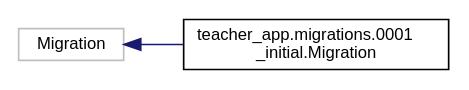
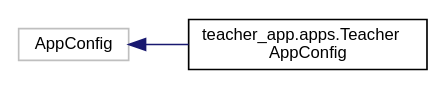
Before and after one commit to amazonkaexpress/amazonka-doxygen: the diagram in inherit_graph_4.dot, drawn with Graphviz. The commit also changed 48 other files, not shown here.

```diff
--- a/inherit_graph_4.dot
+++ b/inherit_graph_4.dot
@@ -1,10 +1,10 @@
 digraph "Graphical Class Hierarchy"
 {
  // LATEX_PDF_SIZE
   edge [fontname="Helvetica",fontsize="10",labelfontname="Helvetica",labelfontsize="10"];
   node [fontname="Helvetica",fontsize="10",shape=record];
   rankdir="LR";
-  Node11 [label="Migration",height=0.2,width=0.4,color="grey75", fillcolor="white", style="filled",tooltip=" "];
-  Node11 -> Node0 [dir="back",color="midnightblue",fontsize="10",style="solid",fontname="Helvetica"];
-  Node0 [label="teacher_app.migrations.0001\l_initial.Migration",height=0.2,width=0.4,color="black", fillcolor="white", style="filled",URL="$classteacher__app_1_1migrations_1_10001__initial_1_1Migration.html",tooltip=" "];
+  Node14 [label="AppConfig",height=0.2,width=0.4,color="grey75", fillcolor="white", style="filled",tooltip=" "];
+  Node14 -> Node0 [dir="back",color="midnightblue",fontsize="10",style="solid",fontname="Helvetica"];
+  Node0 [label="teacher_app.apps.Teacher\lAppConfig",height=0.2,width=0.4,color="black", fillcolor="white", style="filled",URL="$classteacher__app_1_1apps_1_1TeacherAppConfig.html",tooltip=" "];
 }
```
